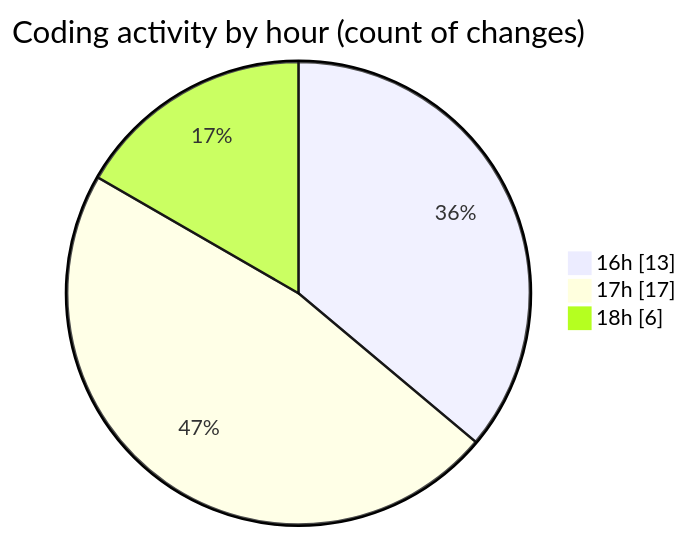
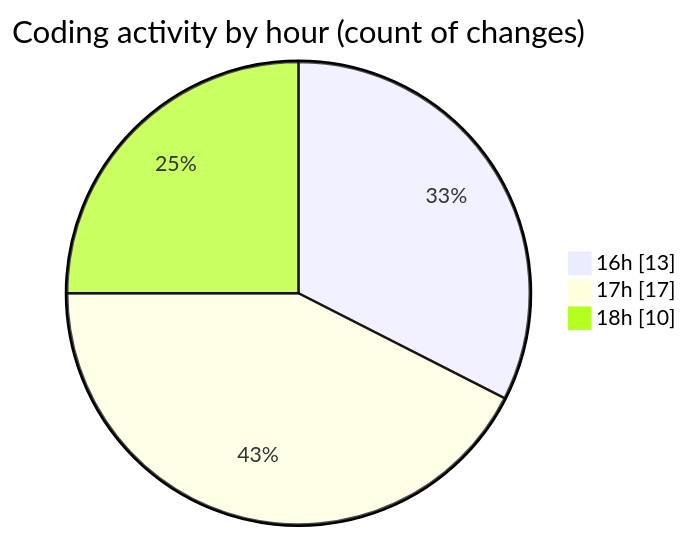
One commit to idhammustaqopulfikri/code-tracking changed the second of 2 diagrams in 2025-05-28/studio-backend/README.md. Above: the diagram before and after it, drawn with Mermaid. The commit also changed other lines of this file and 1 other file, not shown here.

````diff
--- a/2025-05-28/studio-backend/README.md
+++ b/2025-05-28/studio-backend/README.md
@@ -44,7 +44,7 @@
 ```mermaid
 pie showData
 title Coding activity by hour (count of changes)
 "16h" : 13
 "17h" : 17
-"18h" : 6
+"18h" : 10
 ```
````
